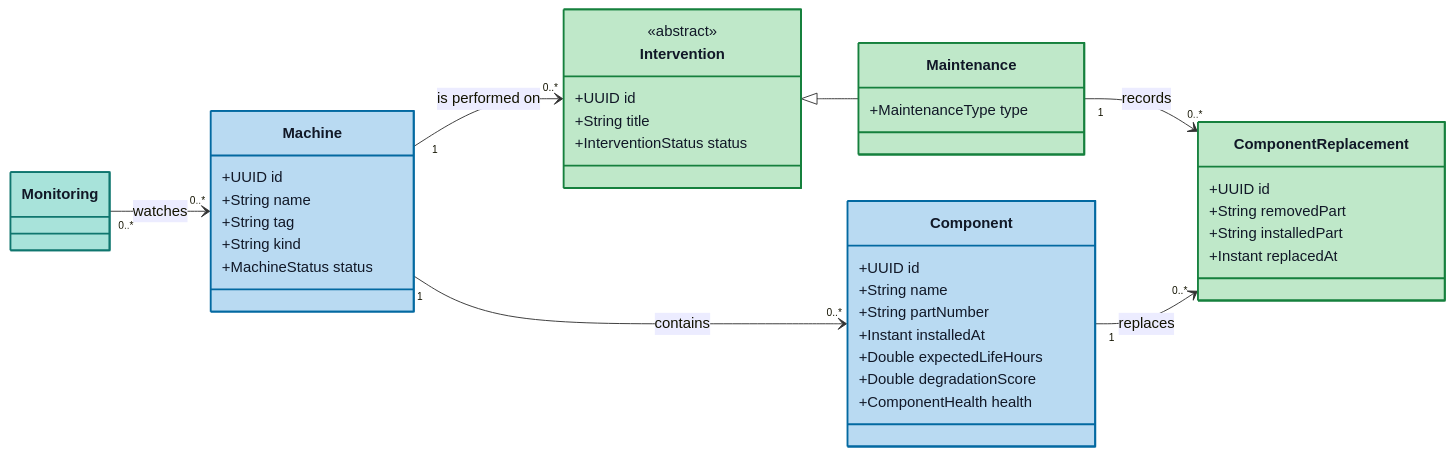
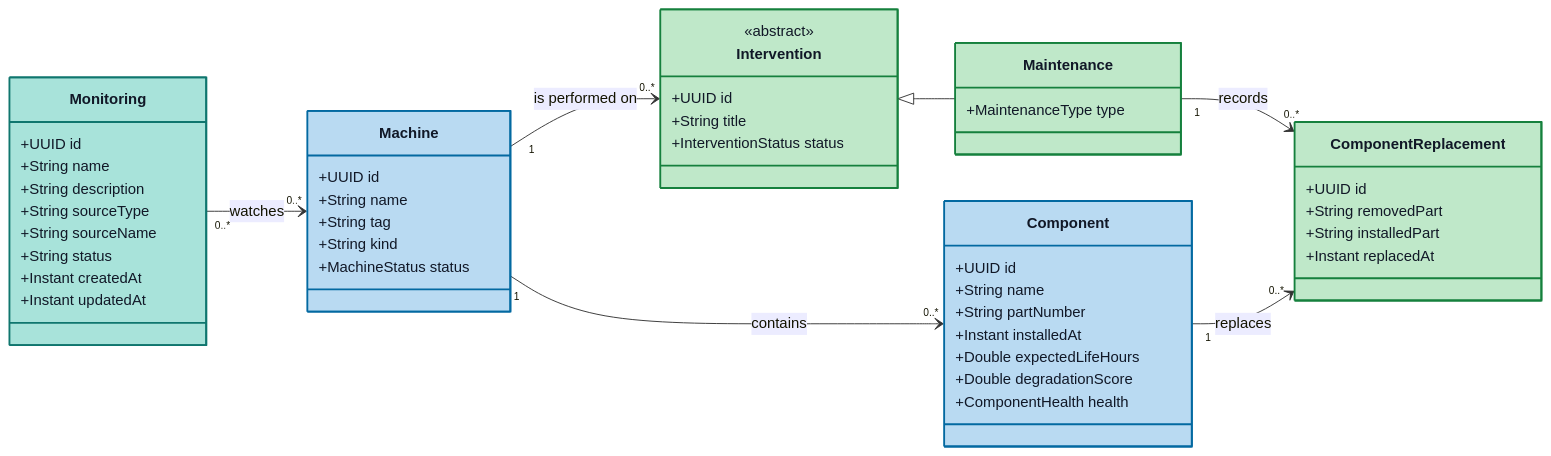
Before and after one commit to aland3r/deviante-docs: the seventh of 16 diagrams in architecture/arc42.md, drawn with Mermaid. The commit also changed other lines of this file, not shown here.

````diff
--- a/architecture/arc42.md
+++ b/architecture/arc42.md
@@ -644,51 +680,60 @@
 ```mermaid
 classDiagram
     direction LR
 
-    class Monitoring
+    class Monitoring {
+      +UUID id
+      +String name
+      +String description
+      +String sourceType
+      +String sourceName
+      +String status
+      +Instant createdAt
+      +Instant updatedAt
+    }
     class Machine {
       +UUID id
       +String name
       +String tag
       +String kind
       +MachineStatus status
     }
     class Component {
       +UUID id
       +String name
       +String partNumber
       +Instant installedAt
       +Double expectedLifeHours
       +Double degradationScore
       +ComponentHealth health
     }
     class Intervention {
       <<abstract>>
       +UUID id
       +String title
       +InterventionStatus status
     }
     class Maintenance {
       +MaintenanceType type
     }
     class ComponentReplacement {
       +UUID id
       +String removedPart
       +String installedPart
       +Instant replacedAt
     }
 
     Monitoring "0..*" --> "0..*" Machine : watches
     Machine "1" --> "0..*" Component : contains
     Machine "1" --> "0..*" Intervention : is performed on
     Intervention <|-- Maintenance
     Maintenance "1" --> "0..*" ComponentReplacement : records
     Component "1" --> "0..*" ComponentReplacement : replaces
 
     style Monitoring fill:#a8e3da,stroke:#0f766e,stroke-width:2px,color:#111827
     style Machine fill:#b9daf2,stroke:#0369a1,stroke-width:2px,color:#111827
     style Component fill:#b9daf2,stroke:#0369a1,stroke-width:2px,color:#111827
     style Intervention fill:#bfe8c9,stroke:#15803d,stroke-width:2px,color:#111827
     style Maintenance fill:#bfe8c9,stroke:#15803d,stroke-width:2px,color:#111827
     style ComponentReplacement fill:#bfe8c9,stroke:#15803d,stroke-width:2px,color:#111827
 ```
````
